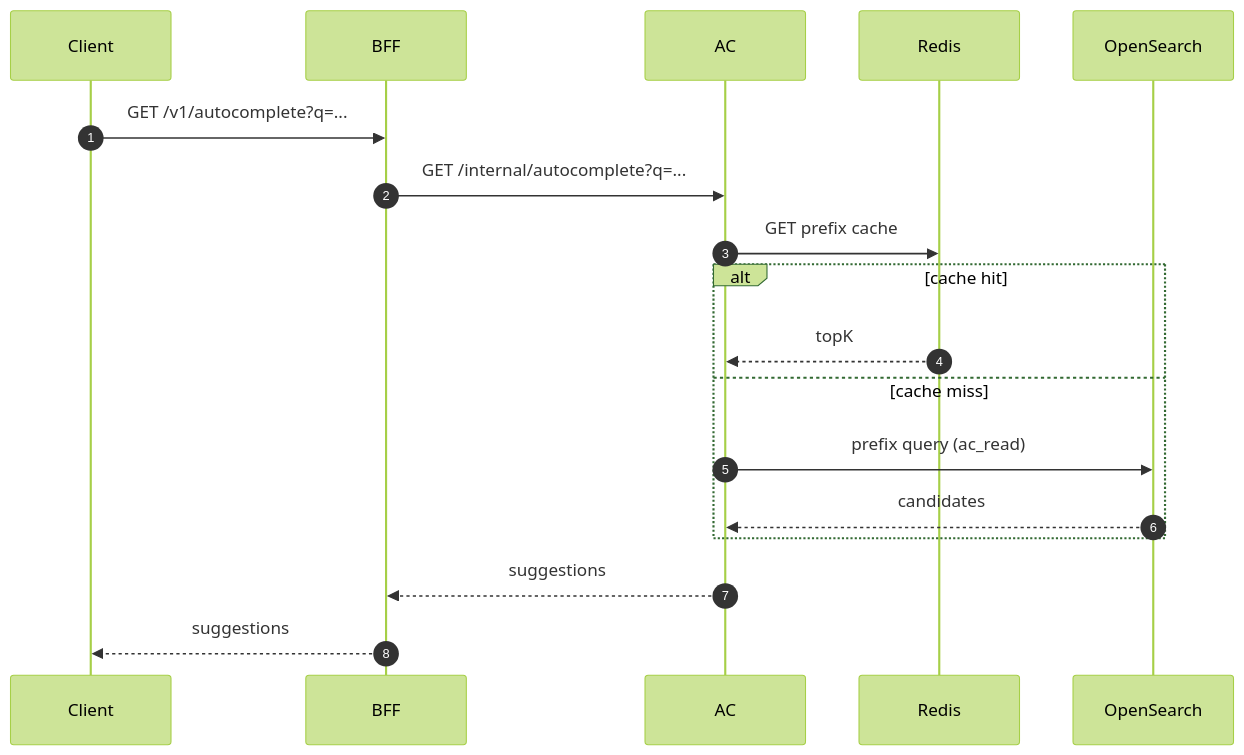
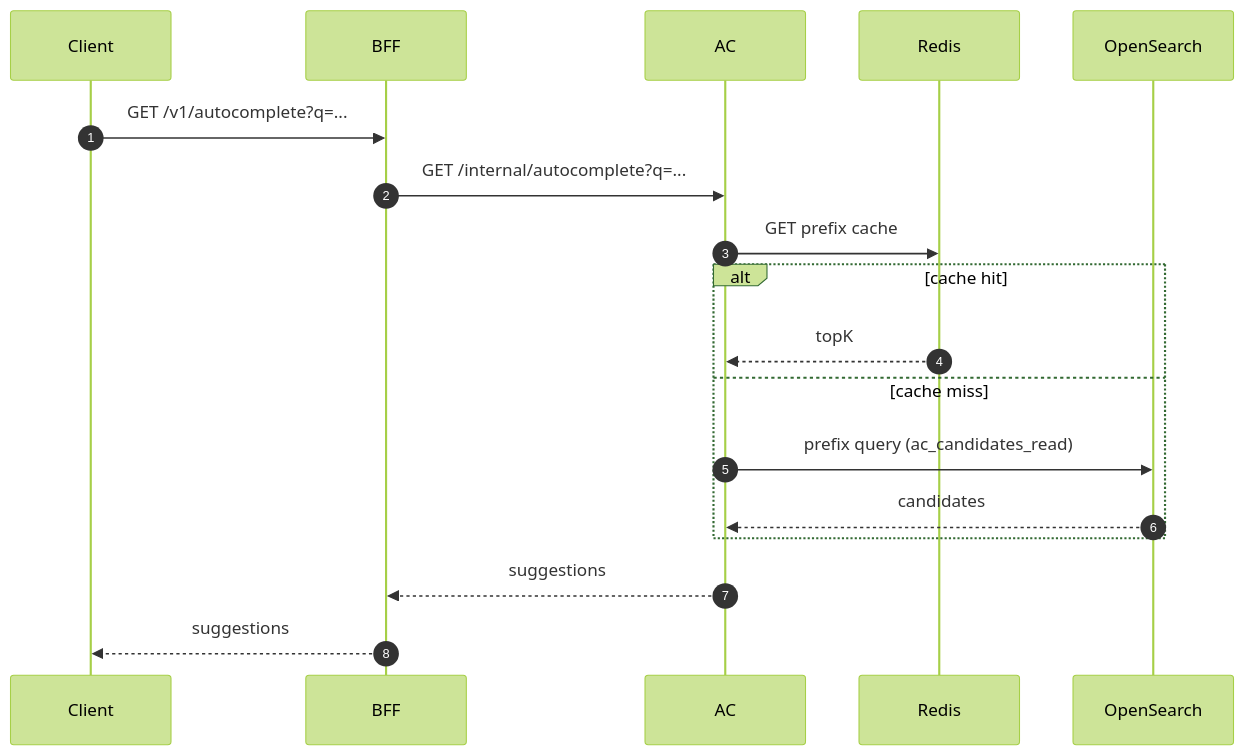
The third of 3 diagrams in docs/ARCHITECTURE.md (book-search-labs/bsl-backend), drawn with Mermaid (forest theme) before and after one commit. The commit also changed 86 other files, not shown here.

````diff
--- a/docs/ARCHITECTURE.md
+++ b/docs/ARCHITECTURE.md
@@ -222,21 +222,21 @@
 ```mermaid
 sequenceDiagram
   autonumber
   participant C as Client
   participant B as BFF
   participant A as AC
   participant R as Redis
   participant O as OpenSearch
 
   C->>B: GET /v1/autocomplete?q=...
   B->>A: GET /internal/autocomplete?q=...
   A->>R: GET prefix cache
   alt cache hit
     R-->>A: topK
   else cache miss
-    A->>O: prefix query (ac_read)
+    A->>O: prefix query (ac_candidates_read)
     O-->>A: candidates
   end
   A-->>B: suggestions
   B-->>C: suggestions
 ```
````
